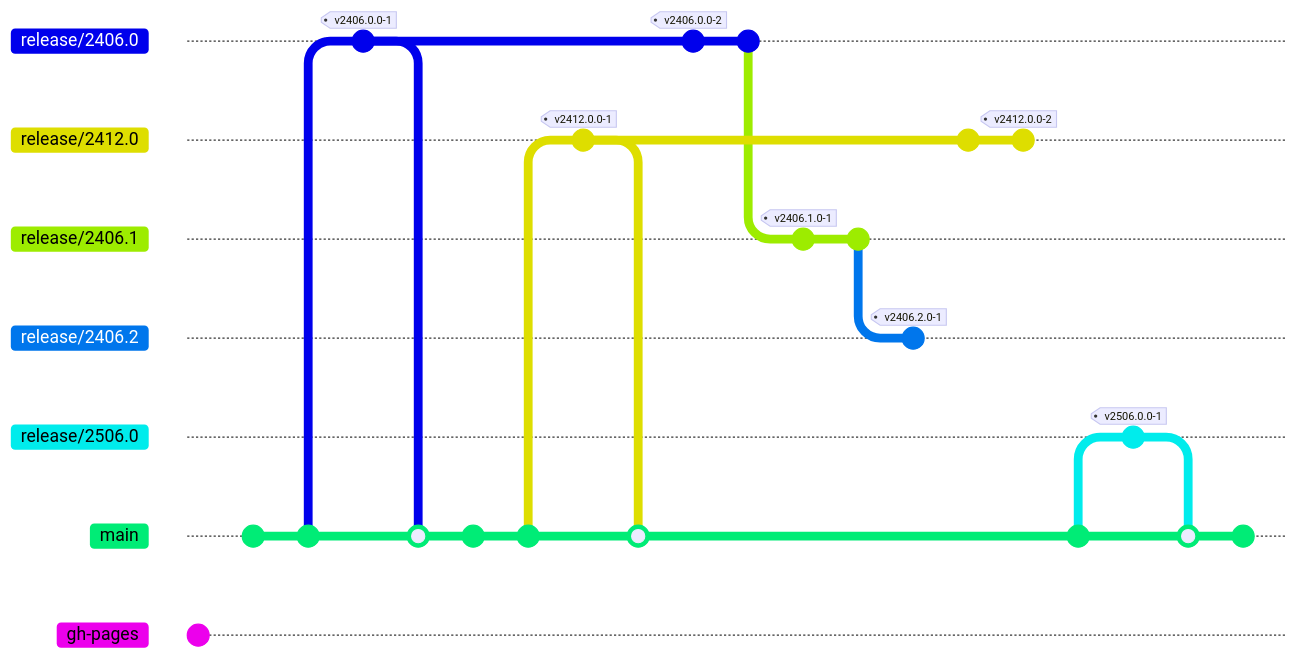
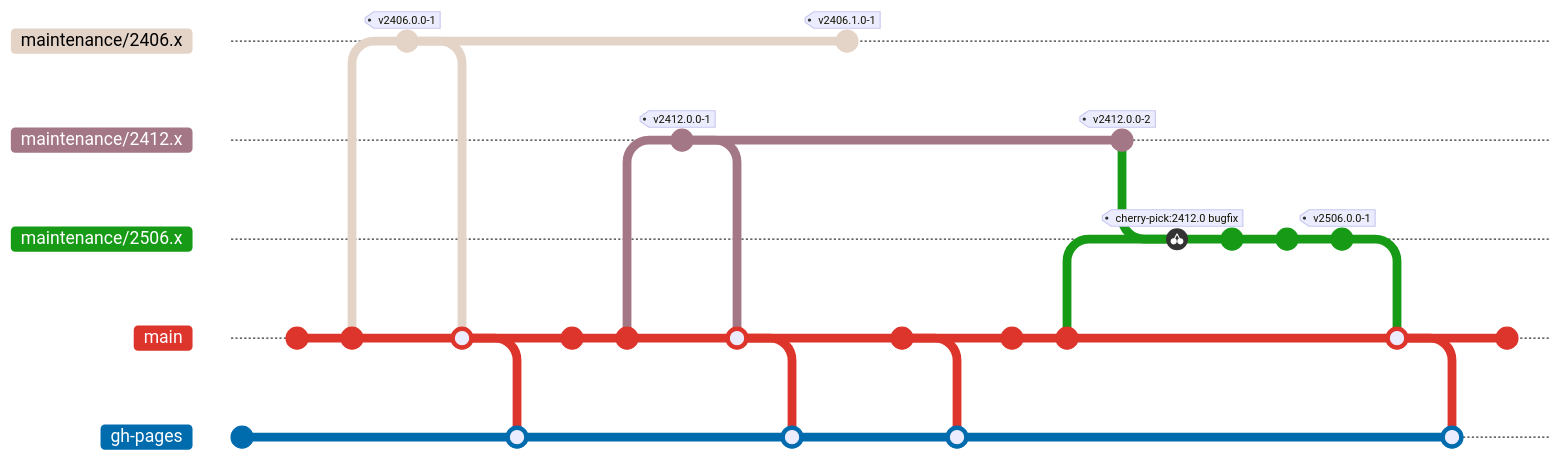
Before and after one commit to CoreMedia/coremedia-globallink-connect-integration: the diagram in website/dev/repository/branches.md, drawn with Mermaid. The commit also changed other lines of this file and 2 other files, not shown here. Commit ids are hidden.

First line of the commit message:
docs(dev): Update Branch Description

````diff
--- a/website/dev/repository/branches.md
+++ b/website/dev/repository/branches.md
@@ -3,41 +7,66 @@
 ```mermaid
 ---
 config:
+  theme: 'default'
+  themeVariables:
+      'git0': '#e4d4c8'
+      'git1': '#a47786'
+      'git2': '#179b17'
+      'git3': '#dd342b'
+      'git4': '#006cae'
+      'git5': '#9db6cc'
+      'gitBranchLabel0': '#000000'
+      'gitBranchLabel1': '#ffffff'
+      'gitBranchLabel2': '#ffffff'
+      'gitBranchLabel3': '#ffffff'
+      'gitBranchLabel4': '#ffffff'
+      'gitBranchLabel5': '#000000'
   gitGraph:
-    mainBranchOrder: 1
+    mainBranchOrder: 97
 ---
 gitGraph:
-  branch gh-pages order: 99
-  commit id: "(see below)"
+  branch gh-pages order: 98
+  commit id: "orphaned"
   checkout main
-  commit
-  commit id: "branch-off 2406.0"
-  branch release/2406.0
-  commit id: "2406.0 approval" tag: "v2406.0.0-1"
+  commit id: " "
+  commit id: "maintenance/2406.x"
+  branch maintenance/2406.x
+  commit id: "approve 2406.0" tag: "v2406.0.0-1"
   checkout main
-  merge release/2406.0 id: "one-time merge 2406.x"
-  commit
-  commit id: "branch-off 2412.0"
-  branch release/2412.0
-  commit id: "2412.0 approval" tag: "v2412.0.0-1"
+  merge maintenance/2406.x id: "merge 2406.x"
+  checkout gh-pages
+  merge main id: "publish 2406.0 docs"
   checkout main
-  merge release/2412.0 id: "one-time merge 2412.x"
-  checkout release/2406.0
-  commit id: "2406.0 bugfix release" tag: "v2406.0.0-2"
-  commit id: "branch-off 2406.1"
-  branch release/2406.1
-  commit id: "2406.1 approval" tag: "v2406.1.0-1"
-  commit id: "branch-off 2406.2"
-  branch release/2406.2
-  commit id: "2406.2 approval" tag: "v2406.2.0-1"
-  checkout release/2412.0
-  commit id: "2412.0 bugfix"
-  commit tag: "v2412.0.0-2"
+  commit id: "  "
+  commit id: "maintenance/2412.x"
+  branch maintenance/2412.x
+  commit id: "approve 2412.0" tag: "v2412.0.0-1"
   checkout main
-  commit id: "branch-off 2506.0"
-  branch release/2506.0
+  merge maintenance/2412.x id: "merge 2412.x"
+  checkout gh-pages
+  merge main id: "publish 2412.0 docs"
+  checkout main
+  checkout maintenance/2406.x
+  commit id: "approve 2406.1" tag: "v2406.1.0-1"
+  checkout main
+  commit id: "docs: adapt 2406.1"
+  checkout gh-pages
+  merge main id: "publish 2406.1 adaptations"
+  checkout main
+  commit id: "   "
+  commit id: "maintenance/2506.x"
+  branch maintenance/2506.x
+  checkout maintenance/2412.x
+  commit id: "2412.0 bugfix" tag: "v2412.0.0-2"
+  checkout maintenance/2506.x
+  cherry-pick id: "2412.0 bugfix"
+  commit id: "    "
+  commit id: "     "
   commit id: "2506.0 approval" tag: "v2506.0.0-1"
   checkout main
-  merge release/2506.0 id: "one-time merge 2506.x"
+  merge maintenance/2506.x id: "one-time merge 2506.x"
+  checkout gh-pages
+  merge main id: "publish 2506.0 docs"
+  checkout main
   commit id: "..."
 ```
````
